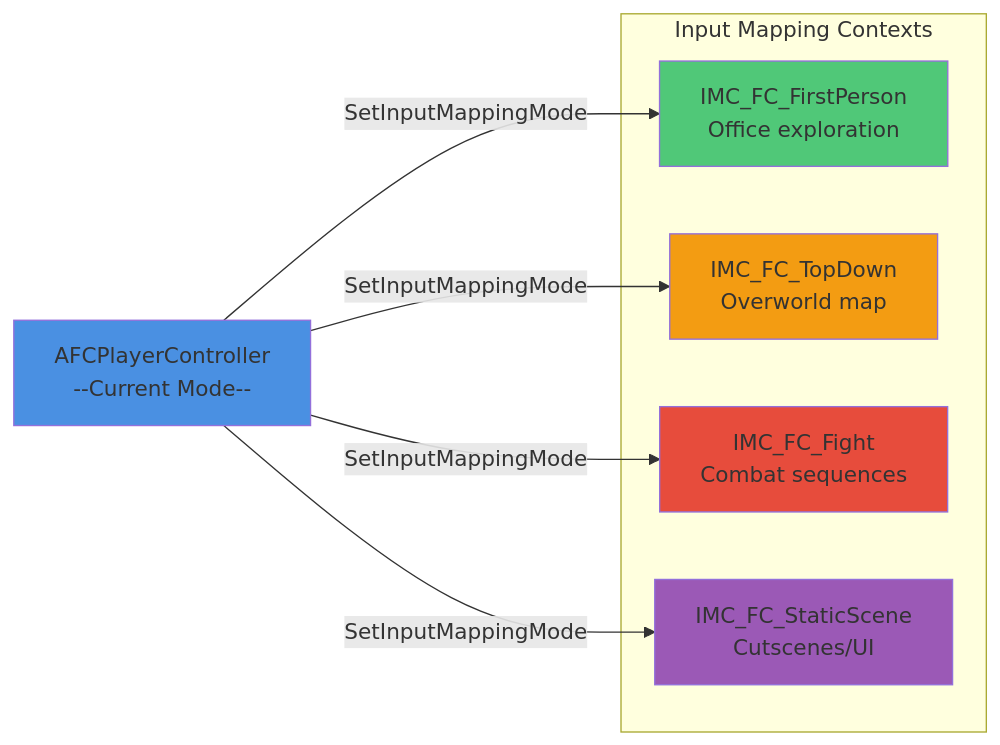
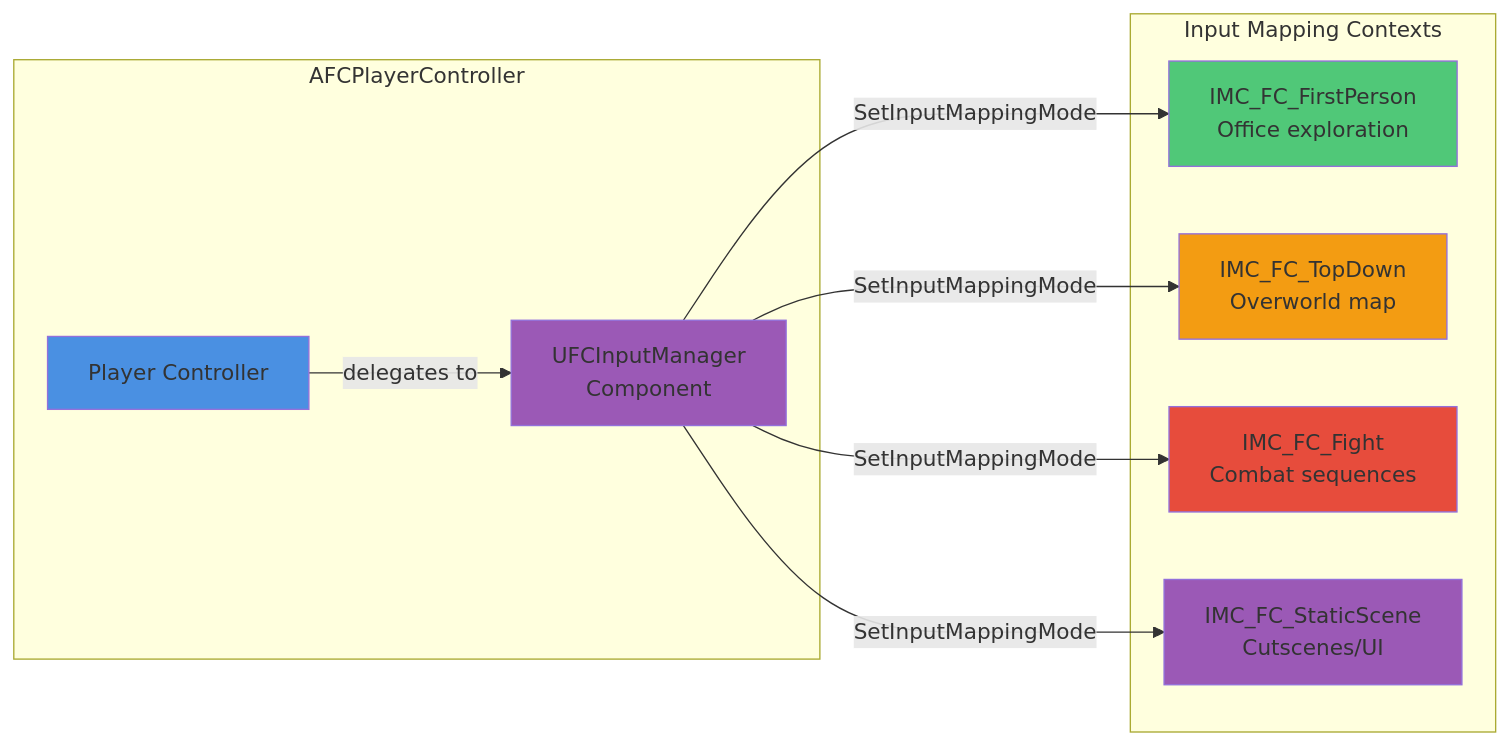
One commit to SLoebelt/fallen_compass changed the seventh of 17 diagrams in Docs/Technical_Documentation.md. Above: the diagram before and after it, drawn with Mermaid. The commit also changed other lines of this file and 6 other files, not shown here.

Commit message:
refactoring: Input Manager Component

````diff
--- a/Docs/Technical_Documentation.md
+++ b/Docs/Technical_Documentation.md
@@ -2873,22 +2884,27 @@
 ```mermaid
 flowchart LR
-    Controller[AFCPlayerController<br/>--Current Mode--]
+    subgraph PlayerController["AFCPlayerController"]
+        PC[Player Controller]
+        InputMgr[UFCInputManager<br/>Component]
+    end
 
     subgraph Contexts["Input Mapping Contexts"]
         FP[IMC_FC_FirstPerson<br/>Office exploration]
         TD[IMC_FC_TopDown<br/>Overworld map]
         Fight[IMC_FC_Fight<br/>Combat sequences]
         Static[IMC_FC_StaticScene<br/>Cutscenes/UI]
     end
 
-    Controller -->|SetInputMappingMode| FP
-    Controller -->|SetInputMappingMode| TD
-    Controller -->|SetInputMappingMode| Fight
-    Controller -->|SetInputMappingMode| Static
+    PC -->|delegates to| InputMgr
+    InputMgr -->|SetInputMappingMode| FP
+    InputMgr -->|SetInputMappingMode| TD
+    InputMgr -->|SetInputMappingMode| Fight
+    InputMgr -->|SetInputMappingMode| Static
 
-    style Controller fill:#4a90e2
+    style PC fill:#4a90e2
+    style InputMgr fill:#9b59b6
     style FP fill:#50c878
     style TD fill:#f39c12
     style Fight fill:#e74c3c
     style Static fill:#9b59b6
 ```
````
